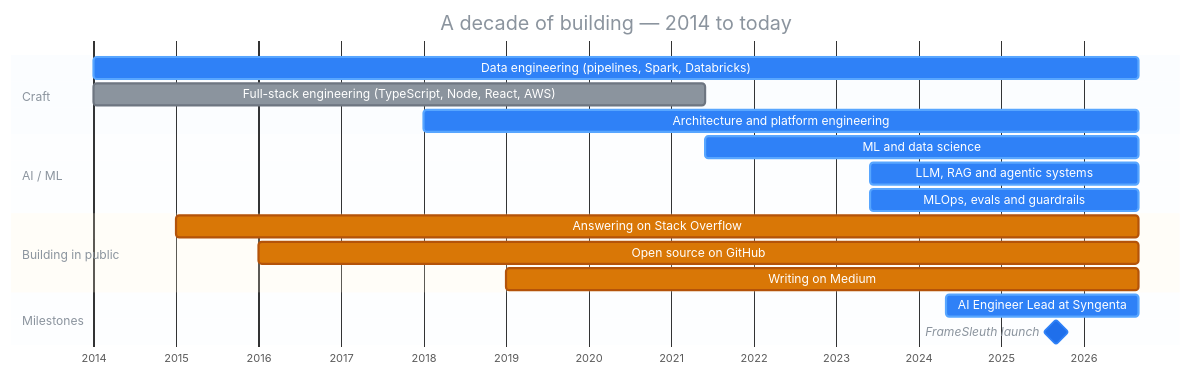
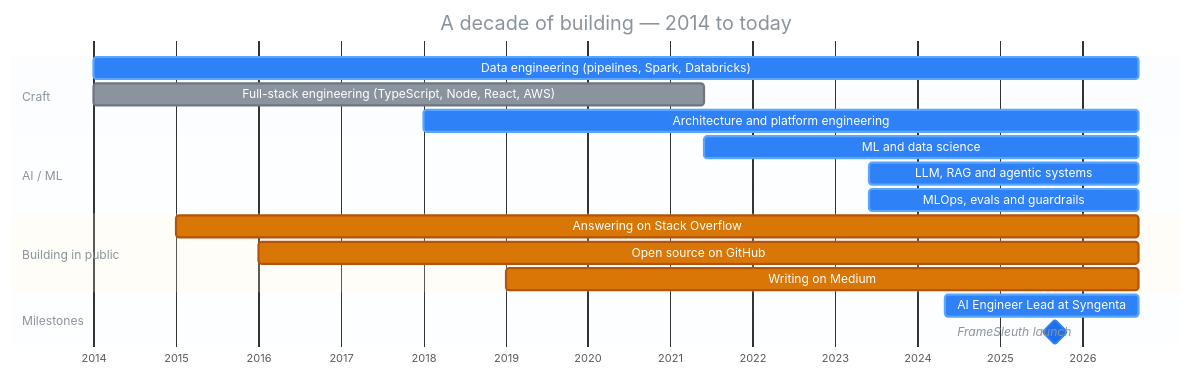
The first of 2 diagrams in README.md (santoshshinde2012/santoshshinde2012), drawn with Mermaid before and after one commit. The commit also changed other lines of this file, not shown here.

Commit message:
chore: refresh shipping summary

````diff
--- a/README.md
+++ b/README.md
@@ -132,27 +132,27 @@
 ```mermaid
 %%{init: {'theme':'base','themeVariables':{'fontFamily':'Fira Code, monospace','taskBkgColor':'#1F6FEB','taskBorderColor':'#2F81F7','activeTaskBkgColor':'#2F81F7','activeTaskBorderColor':'#58A6FF','doneTaskBkgColor':'#8B949E','doneTaskBorderColor':'#6E7681','critBkgColor':'#D97706','critBorderColor':'#B45309','critTextColor':'#ffffff','milestoneBkgColor':'#238636','milestoneBorderColor':'#2EA043','taskTextColor':'#ffffff','taskTextDarkColor':'#ffffff','taskTextLightColor':'#ffffff','taskTextOutsideColor':'#8B949E','gridColor':'#30363D','todayLineColor':'#F85149','titleColor':'#8B949E','sectionBkgColor':'#2F81F714','altSectionBkgColor':'#2F81F70A'}}}%%
 gantt
     title A decade of building — 2014 to today
     dateFormat YYYY-MM-DD
     axisFormat %Y
     tickInterval 1year
 
     section Craft
-    Data engineering (pipelines, Spark, Databricks)      :active, de,   2014-01-01, 2026-08-31
+    Data engineering (pipelines, Spark, Databricks)      :active, de,   2014-01-01, 2026-09-07
     Full-stack engineering (TypeScript, Node, React, AWS) :done,   fs,   2014-01-01, 2021-06-01
-    Architecture and platform engineering                :active, arch, 2018-01-01, 2026-08-31
+    Architecture and platform engineering                :active, arch, 2018-01-01, 2026-09-07
 
     section AI / ML
-    ML and data science                                  :active, ml,   2021-06-01, 2026-08-31
-    LLM, RAG and agentic systems                         :active, llm,  2023-06-01, 2026-08-31
-    MLOps, evals and guardrails                          :active, ops,  2023-06-01, 2026-08-31
+    ML and data science                                  :active, ml,   2021-06-01, 2026-09-07
+    LLM, RAG and agentic systems                         :active, llm,  2023-06-01, 2026-09-07
+    MLOps, evals and guardrails                          :active, ops,  2023-06-01, 2026-09-07
 
     section Building in public
-    Answering on Stack Overflow                          :crit, so,   2015-01-01, 2026-08-31
-    Open source on GitHub                                :crit, gh,   2016-01-01, 2026-08-31
-    Writing on Medium                                    :crit, med,  2019-01-01, 2026-08-31
+    Answering on Stack Overflow                          :crit, so,   2015-01-01, 2026-09-07
+    Open source on GitHub                                :crit, gh,   2016-01-01, 2026-09-07
+    Writing on Medium                                    :crit, med,  2019-01-01, 2026-09-07
 
     section Milestones
-    AI Engineer Lead at Syngenta                         :active,    syn, 2024-05-01, 2026-08-31
+    AI Engineer Lead at Syngenta                         :active,    syn, 2024-05-01, 2026-09-07
     FrameSleuth launch                                   :milestone, fsl, 2025-09-01, 0d
 ```
````
